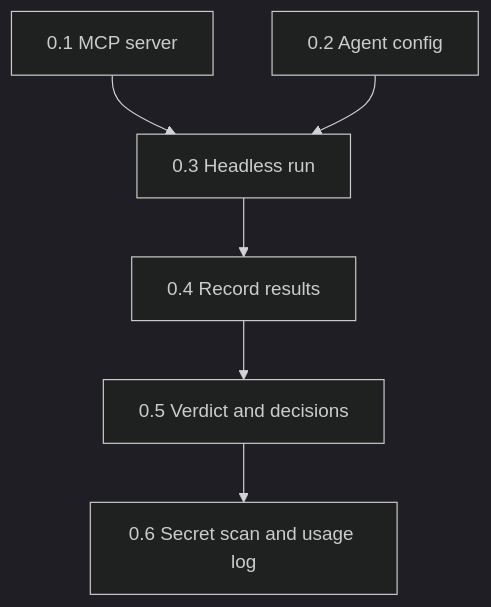
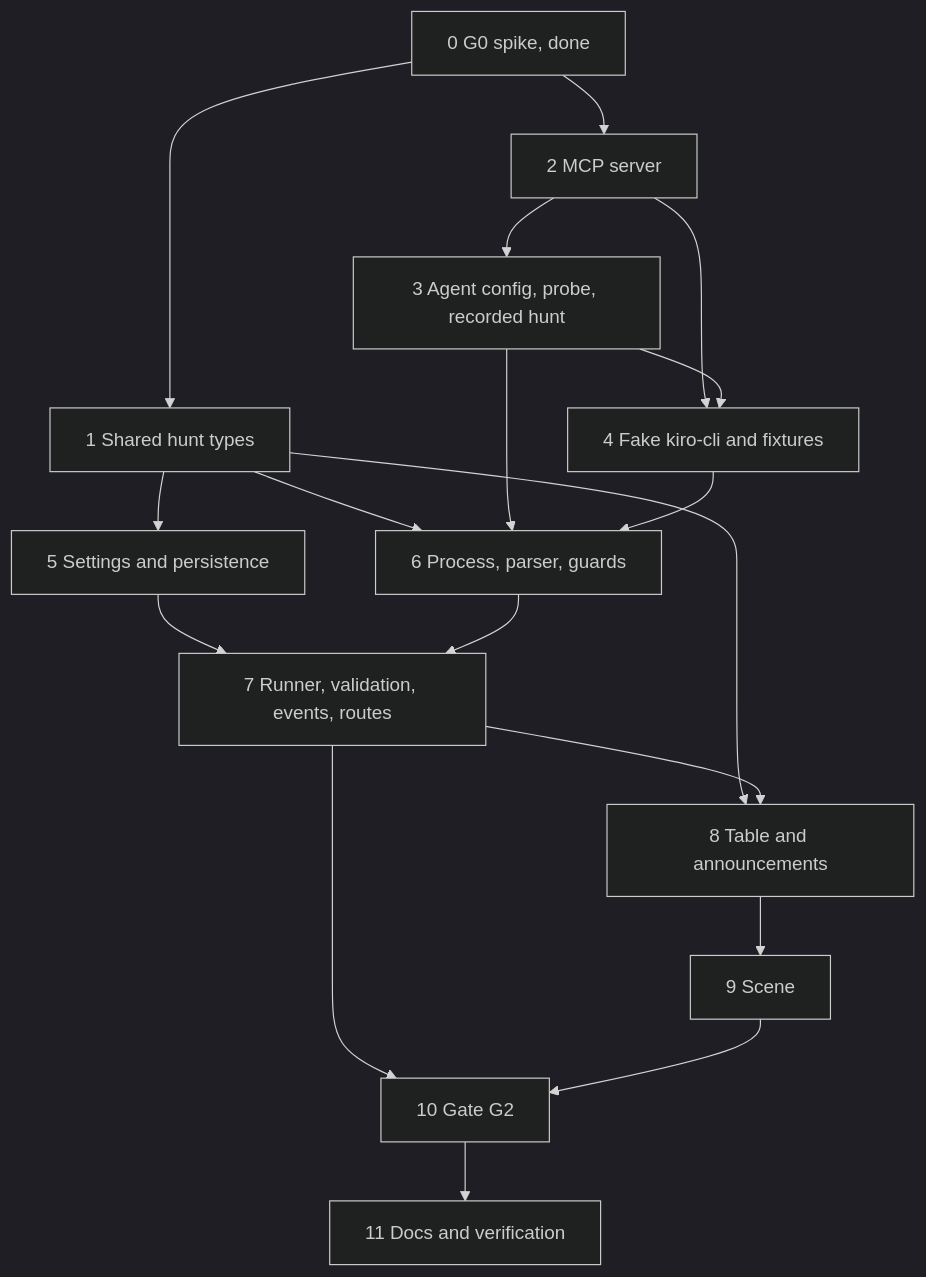
The diagram in .kiro/specs/exorcist-agent/tasks.md (Akar-Samudra-Artifisial/Haunted-Ops), drawn with Mermaid (dark theme) before and after one commit. The commit also changed other lines of this file and 4 other files, not shown here.

````diff
--- a/.kiro/specs/exorcist-agent/tasks.md
+++ b/.kiro/specs/exorcist-agent/tasks.md
@@ -25,8 +175,20 @@
 ```mermaid
 graph TD
-  T01[0.1 MCP server] --> T03[0.3 Headless run]
-  T02[0.2 Agent config] --> T03
-  T03 --> T04[0.4 Record results]
-  T04 --> T05[0.5 Verdict and decisions]
-  T05 --> T06[0.6 Secret scan and usage log]
+  T0[0 G0 spike, done] --> T1[1 Shared hunt types]
+  T0 --> T2[2 MCP server]
+  T2 --> T3[3 Agent config, probe, recorded hunt]
+  T2 --> T4[4 Fake kiro-cli and fixtures]
+  T3 --> T4
+  T1 --> T5[5 Settings and persistence]
+  T1 --> T6[6 Process, parser, guards]
+  T3 --> T6
+  T4 --> T6
+  T5 --> T7[7 Runner, validation, events, routes]
+  T6 --> T7
+  T1 --> T8[8 Table and announcements]
+  T7 --> T8
+  T8 --> T9[9 Scene]
+  T7 --> T10[10 Gate G2]
+  T9 --> T10
+  T10 --> T11[11 Docs and verification]
 ```
````
